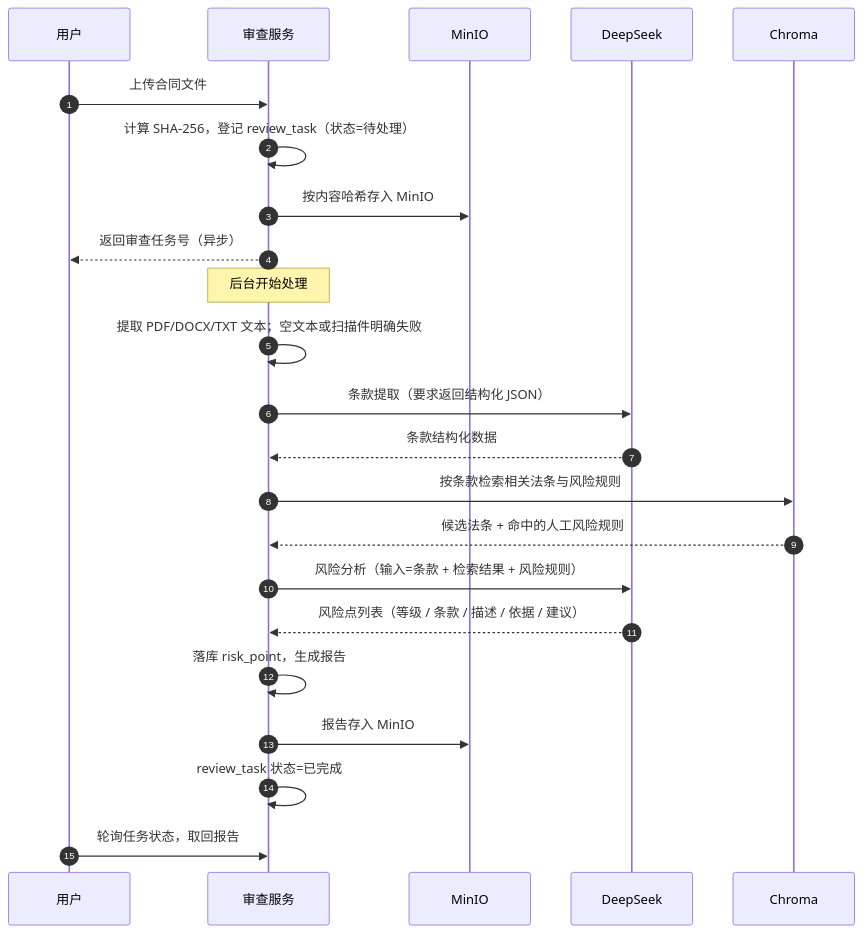
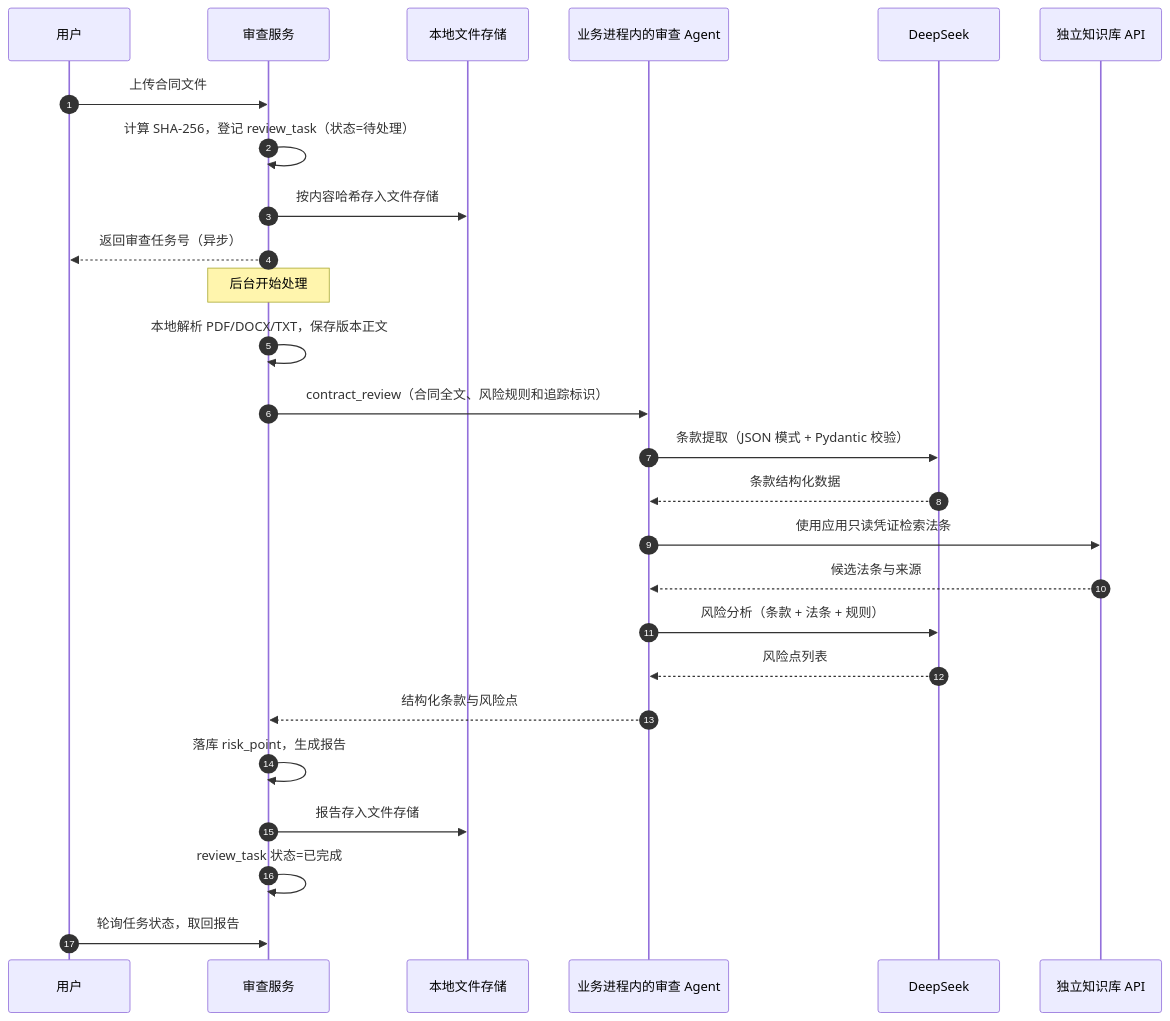
The second of 4 diagrams in docs/03-概要设计.md (licat2023/law-wiz), drawn with Mermaid before and after one commit. The commit also changed other lines of this file and 134 other files, not shown here.

````diff
--- a/docs/03-概要设计.md
+++ b/docs/03-概要设计.md
@@ -321,26 +268,29 @@
 ```mermaid
 sequenceDiagram
     autonumber
     participant U as 用户
     participant API as 审查服务
-    participant FS as MinIO
+    participant FS as 本地文件存储
+    participant AIS as 业务进程内的审查 Agent
     participant LLM as DeepSeek
-    participant VEC as Chroma
+    participant VEC as 独立知识库 API
 
     U->>API: 上传合同文件
     API->>API: 计算 SHA-256，登记 review_task（状态=待处理）
-    API->>FS: 按内容哈希存入 MinIO
+    API->>FS: 按内容哈希存入文件存储
     API-->>U: 返回审查任务号（异步）
     Note over API: 后台开始处理
-    API->>API: 提取 PDF/DOCX/TXT 文本；空文本或扫描件明确失败
-    API->>LLM: 条款提取（要求返回结构化 JSON）
-    LLM-->>API: 条款结构化数据
-    API->>VEC: 按条款检索相关法条与风险规则
-    VEC-->>API: 候选法条 + 命中的人工风险规则
-    API->>LLM: 风险分析（输入=条款 + 检索结果 + 风险规则）
-    LLM-->>API: 风险点列表（等级 / 条款 / 描述 / 依据 / 建议）
+    API->>API: 本地解析 PDF/DOCX/TXT，保存版本正文
+    API->>AIS: contract_review（合同全文、风险规则和追踪标识）
+    AIS->>LLM: 条款提取（JSON 模式 + Pydantic 校验）
+    LLM-->>AIS: 条款结构化数据
+    AIS->>VEC: 使用应用只读凭证检索法条
+    VEC-->>AIS: 候选法条与来源
+    AIS->>LLM: 风险分析（条款 + 法条 + 规则）
+    LLM-->>AIS: 风险点列表
+    AIS-->>API: 结构化条款与风险点
     API->>API: 落库 risk_point，生成报告
-    API->>FS: 报告存入 MinIO
+    API->>FS: 报告存入文件存储
     API->>API: review_task 状态=已完成
     U->>API: 轮询任务状态，取回报告
 ```
````
